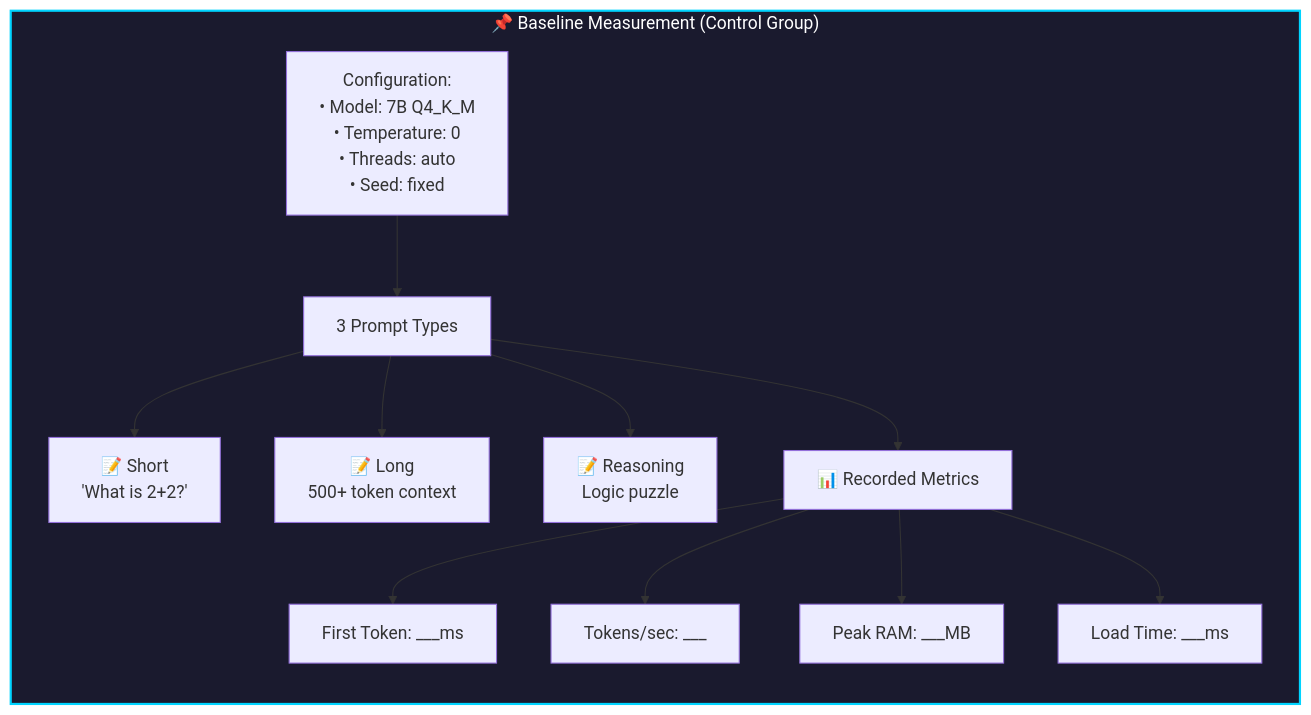
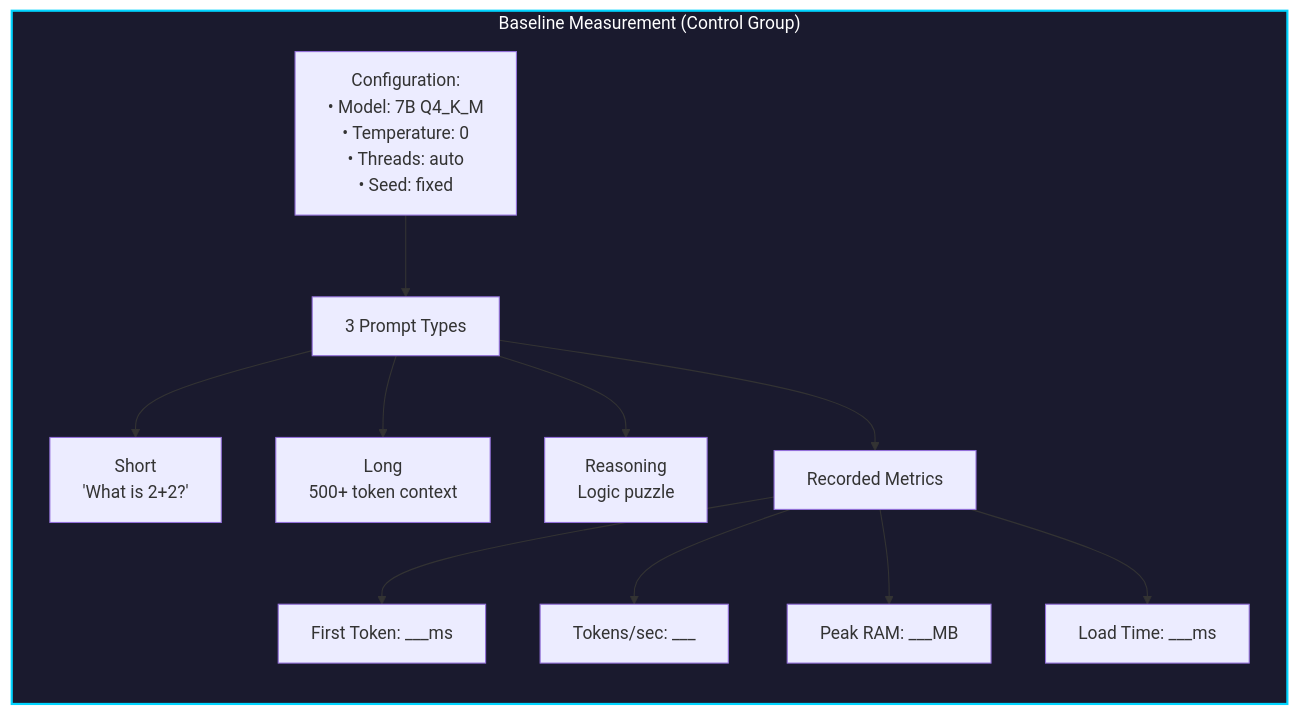
One commit to ch09/Low_Latency_Inference_optimization_LLM-LL_LLM- changed the ninth of 25 diagrams in docs/project_documentation.md. Above: the diagram before and after it, drawn with Mermaid. The commit also changed other lines of this file and 1 other file, not shown here.

````diff
--- a/docs/project_documentation.md
+++ b/docs/project_documentation.md
@@ -350,32 +350,32 @@
 ```mermaid
 flowchart TB
-    subgraph Baseline["📌 Baseline Measurement (Control Group)"]
+    subgraph Baseline["Baseline Measurement (Control Group)"]
         direction TB
         CONFIG["Configuration:<br/>• Model: 7B Q4_K_M<br/>• Temperature: 0<br/>• Threads: auto<br/>• Seed: fixed"]
 
         PROMPTS["3 Prompt Types"]
-        SHORT["📝 Short\n'What is 2+2?'"]
-        LONG["📝 Long\n500+ token context"]
-        REASON["📝 Reasoning\nLogic puzzle"]
+        SHORT["Short\n'What is 2+2?'"]
+        LONG["Long\n500+ token context"]
+        REASON["Reasoning\nLogic puzzle"]
 
         PROMPTS --> SHORT
         PROMPTS --> LONG
         PROMPTS --> REASON
 
-        RECORD["📊 Recorded Metrics"]
+        RECORD["Recorded Metrics"]
         M1["First Token: ___ms"]
         M2["Tokens/sec: ___"]
         M3["Peak RAM: ___MB"]
         M4["Load Time: ___ms"]
 
         RECORD --> M1
         RECORD --> M2
         RECORD --> M3
         RECORD --> M4
     end
 
     CONFIG --> PROMPTS
     PROMPTS --> RECORD
 
     style Baseline fill:#1a1a2e,stroke:#00d4ff,stroke-width:2px,color:#fff
 ```
````
